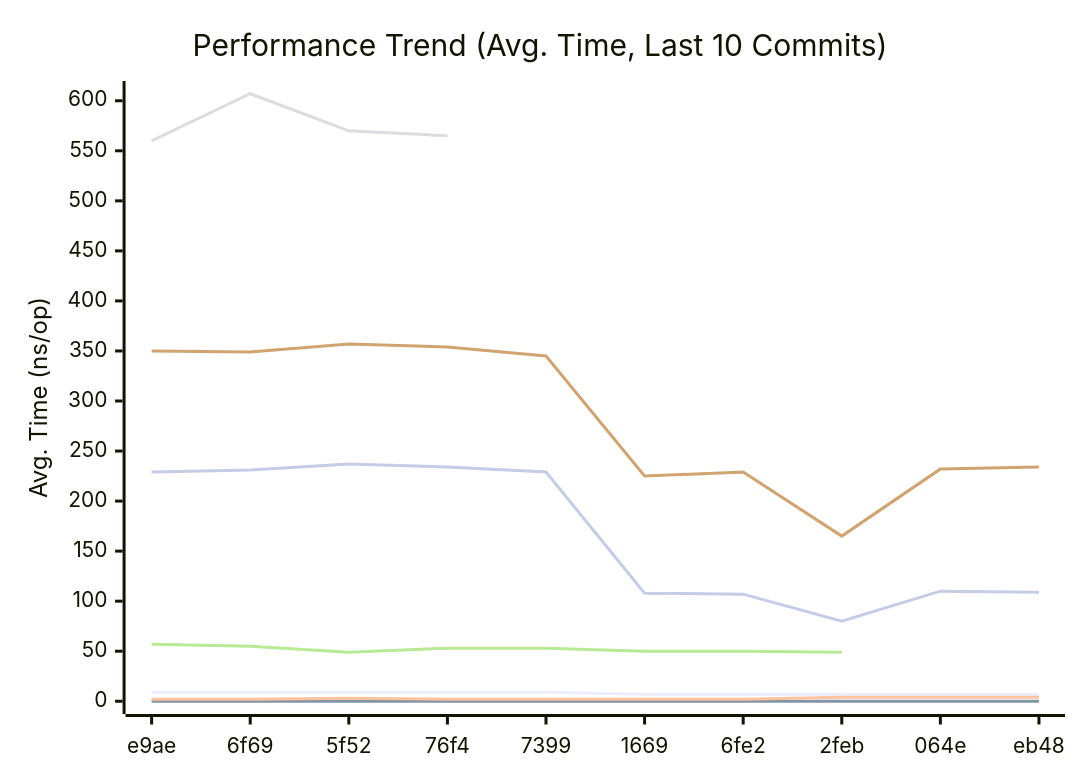
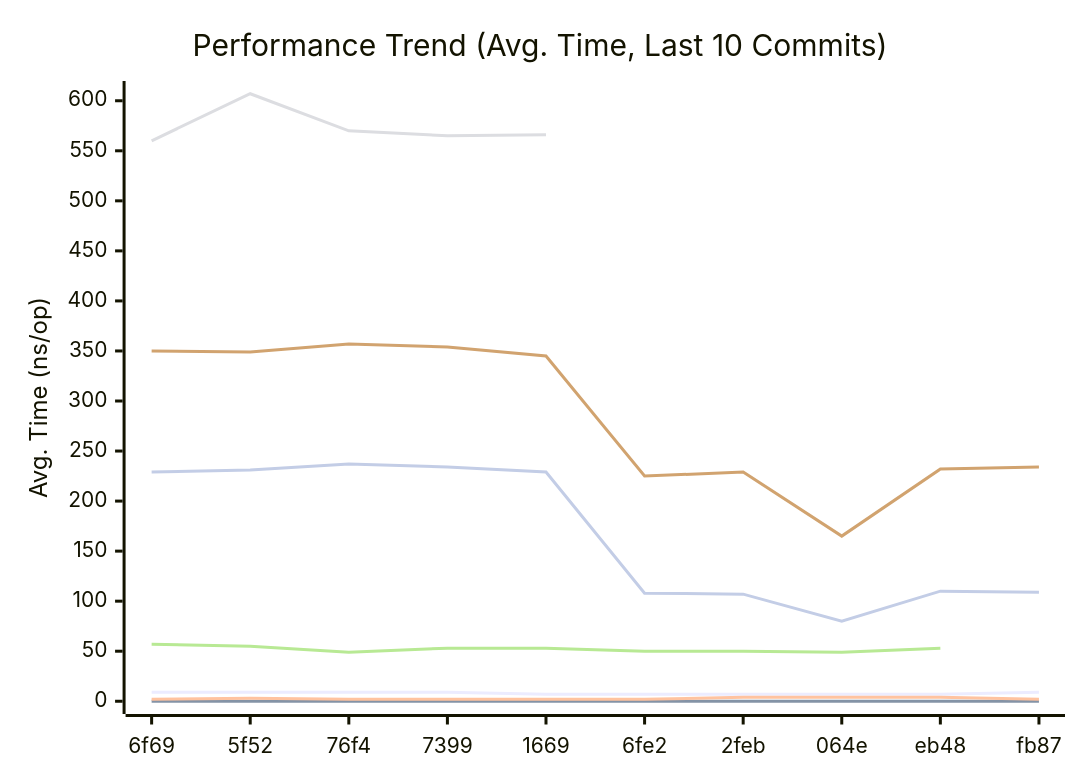
Before and after one commit to alsotoes/momo: the first of 3 diagrams in doc/README.md, drawn with Mermaid. The commit also changed other lines of this file and 1 other file, not shown here.

````diff
--- a/doc/README.md
+++ b/doc/README.md
@@ -296,14 +296,14 @@
 ```mermaid
 xychart-beta
     title "Performance Trend (Avg. Time, Last 10 Commits)"
     x-axis "Commit"
     y-axis "Avg. Time (ns/op)"
-    x-axis [e9ae,6f69,5f52,76f4,7399,1669,6fe2,2feb,064e,eb48]
-    line "CheckMetricsAndSwap" [9,9,9,9,9,7,7,7,7,7]
+    x-axis [6f69,5f52,76f4,7399,1669,6fe2,2feb,064e,eb48,fb87]
+    line "CheckMetricsAndSwap" [9,9,9,9,7,7,7,7,7,9]
     line "IndexDirectTracking" [0,0,0,0,0,0,0,0,0,0]
-    line "IndexSearch" [2,2,3,2,2,2,2,4,4,4]
-    line "LoadGlobalConfig" [560,607,570,565]
-    line "PadString" [57,55,49,53,53,50,50,49]
+    line "IndexSearch" [2,3,2,2,2,2,4,4,4,2]
+    line "LoadGlobalConfig" [560,607,570,565,566]
+    line "PadString" [57,55,49,53,53,50,50,49,53]
     line "ParseReplicationOrder_NoPrealloc" [350,349,357,354,345,225,229,165,232,234]
     line "ParseReplicationOrder_Prealloc" [229,231,237,234,229,108,107,80,110,109]
 ```
````
